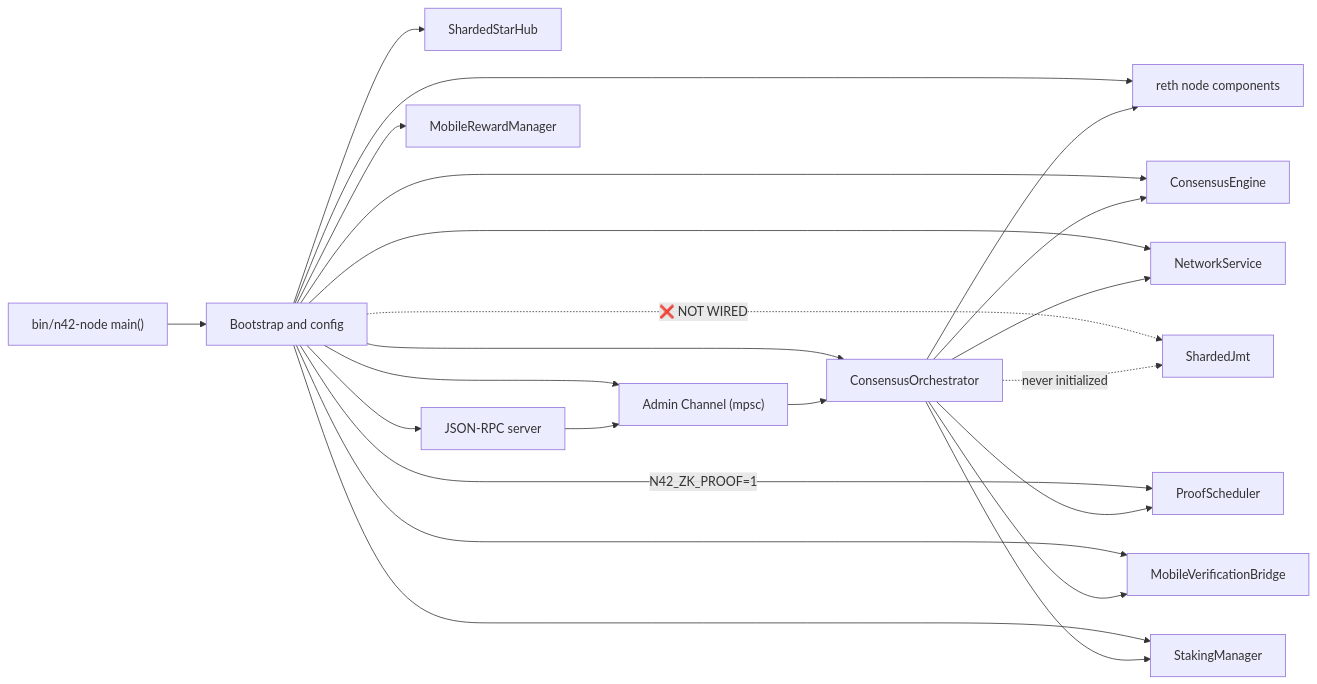
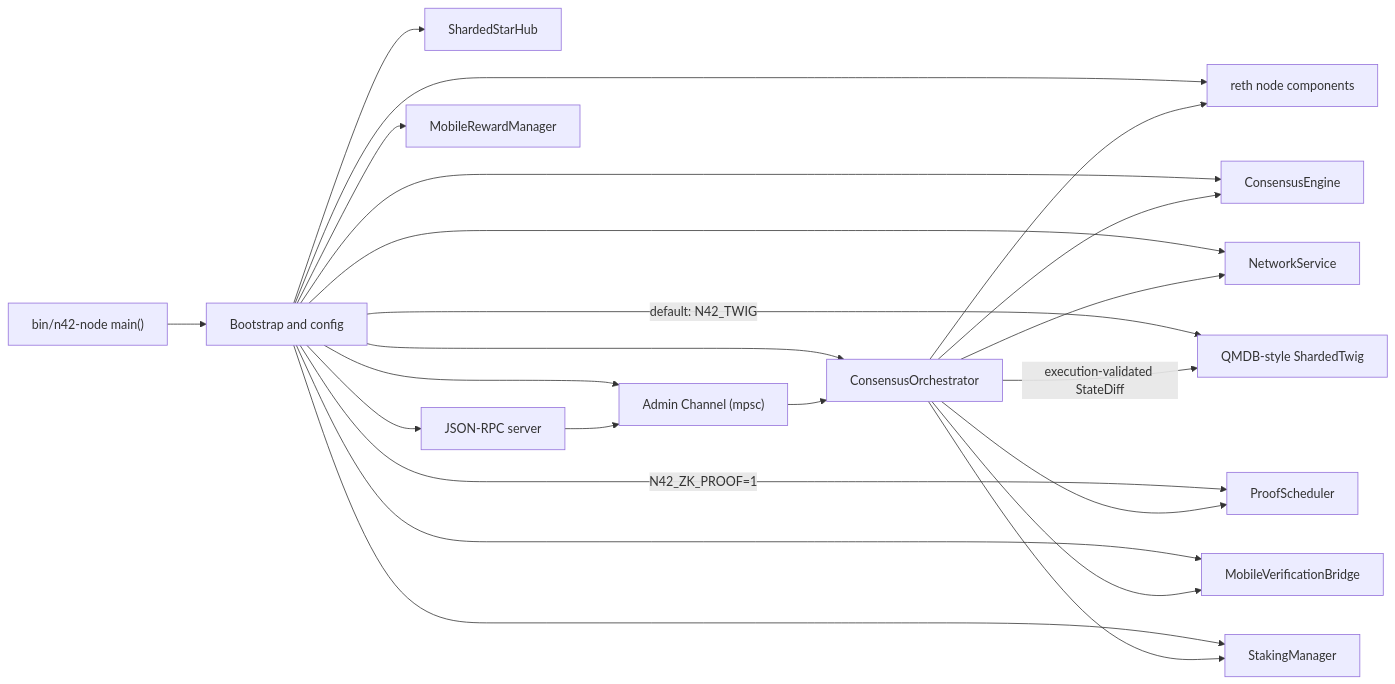
Before and after one commit to n42blockchain/n42-26: the first of 2 diagrams in docs/01-System-Architecture.md, drawn with Mermaid. The commit also changed other lines of this file and 3 other files, not shown here.

````diff
--- a/docs/01-System-Architecture.md
+++ b/docs/01-System-Architecture.md
@@ -18,27 +18,27 @@
 ```mermaid
 flowchart LR
     CLI["bin/n42-node main()"]
     CLI --> BOOT["Bootstrap and config"]
     BOOT --> RETH["reth node components"]
     BOOT --> CONS["ConsensusEngine"]
     BOOT --> NET["NetworkService"]
     BOOT --> ORCH["ConsensusOrchestrator"]
     BOOT --> HUB["ShardedStarHub"]
     BOOT --> MBR["MobileVerificationBridge"]
     BOOT --> RPC["JSON-RPC server"]
-    BOOT -.->|"❌ NOT WIRED"| JMT["ShardedJmt"]
+    BOOT -->|"default: N42_TWIG"| TREE["QMDB-style ShardedTwig"]
     BOOT -->|"N42_ZK_PROOF=1"| ZK["ProofScheduler"]
     BOOT --> REWARD["MobileRewardManager"]
     BOOT --> STAKE["StakingManager"]
     BOOT --> ADMIN["Admin Channel (mpsc)"]
 
     ORCH --> CONS
     ORCH --> NET
     ORCH --> RETH
-    ORCH -.->|"never initialized"| JMT
+    ORCH -->|"execution-validated StateDiff"| TREE
     ORCH --> ZK
     ORCH --> MBR
     ORCH --> STAKE
     RPC --> ADMIN
     ADMIN --> ORCH
 ```
````
